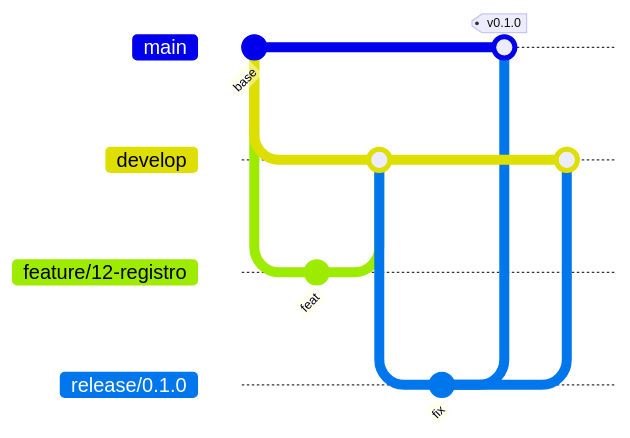
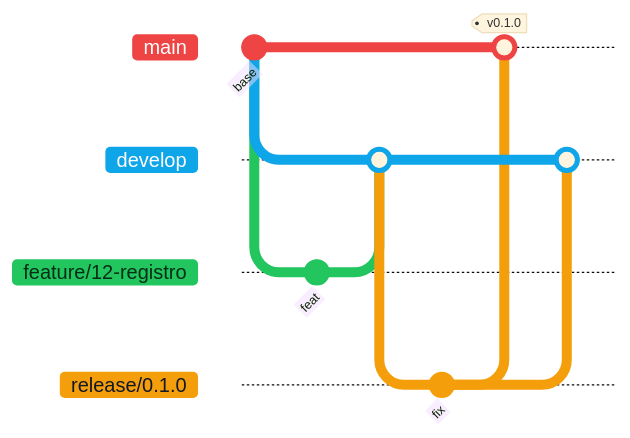
The third of 3 diagrams in README.md (luisbravobello/envDoctor), drawn with Mermaid before and after one commit. The commit also changed other lines of this file, not shown here.

````diff
--- a/README.md
+++ b/README.md
@@ -176,16 +200,17 @@
 ```mermaid
+%%{init: {'theme': 'base', 'gitGraph': {'mainBranchName': 'main'}, 'themeVariables': {'git0': '#EF4444', 'git1': '#0EA5E9', 'git2': '#22C55E', 'git3': '#F59E0B', 'gitBranchLabel0': '#ffffff', 'gitBranchLabel1': '#ffffff', 'gitBranchLabel2': '#052E16', 'gitBranchLabel3': '#111827'}}}%%
 gitGraph
     commit id: "base"
     branch develop
     checkout develop
     branch feature/12-registro
     commit id: "feat"
     checkout develop
     merge feature/12-registro
     branch release/0.1.0
     commit id: "fix"
     checkout main
     merge release/0.1.0 tag: "v0.1.0"
     checkout develop
     merge release/0.1.0
 ```
````
